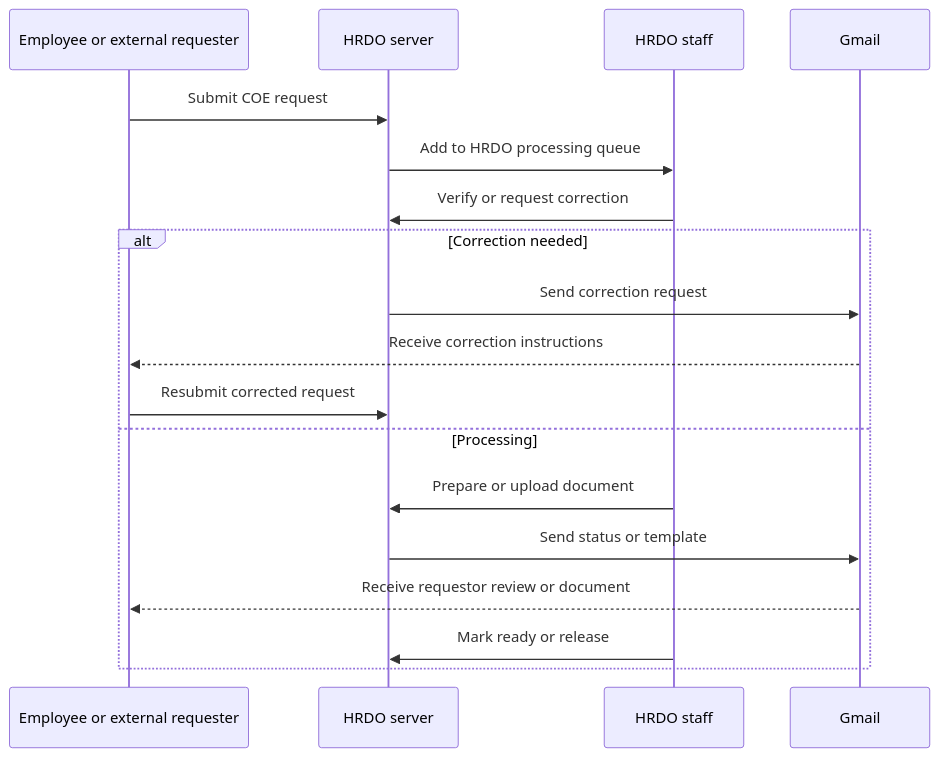
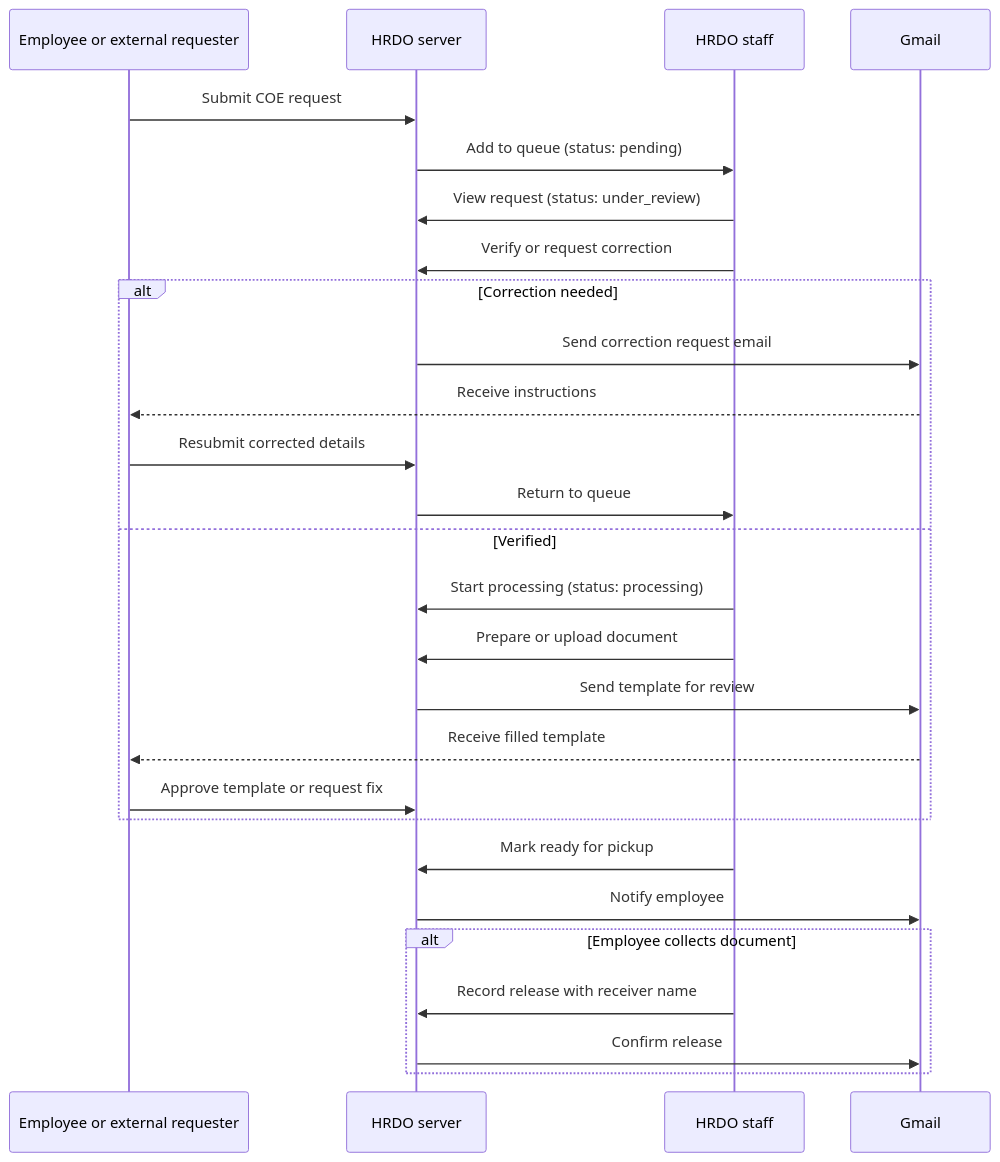
The seventh of 9 diagrams in docs/technical/architecture.mdx (Tyzon19/loahrdo-team), drawn with Mermaid before and after one commit. The commit also changed other lines of this file and 14 other files, not shown here.

````diff
--- a/docs/technical/architecture.mdx
+++ b/docs/technical/architecture.mdx
@@ -94,21 +210,30 @@
 ```mermaid
 sequenceDiagram
     participant E as Employee or external requester
     participant S as HRDO server
     participant H as HRDO staff
-    participant G as Gmail
+    participant M as Gmail
 
     E->>S: Submit COE request
-    S->>H: Add to HRDO processing queue
+    S->>H: Add to queue (status: pending)
+    H->>S: View request (status: under_review)
     H->>S: Verify or request correction
     alt Correction needed
-        S->>G: Send correction request
-        G-->>E: Receive correction instructions
-        E->>S: Resubmit corrected request
-    else Processing
+        S->>M: Send correction request email
+        M-->>E: Receive instructions
+        E->>S: Resubmit corrected details
+        S->>H: Return to queue
+    else Verified
+        H->>S: Start processing (status: processing)
         H->>S: Prepare or upload document
-        S->>G: Send status or template
-        G-->>E: Receive requestor review or document
-        H->>S: Mark ready or release
+        S->>M: Send template for review
+        M-->>E: Receive filled template
+        E->>S: Approve template or request fix
+    end
+    H->>S: Mark ready for pickup
+    S->>M: Notify employee
+    alt Employee collects document
+        H->>S: Record release with receiver name
+        S->>M: Confirm release
     end
 ```
````
